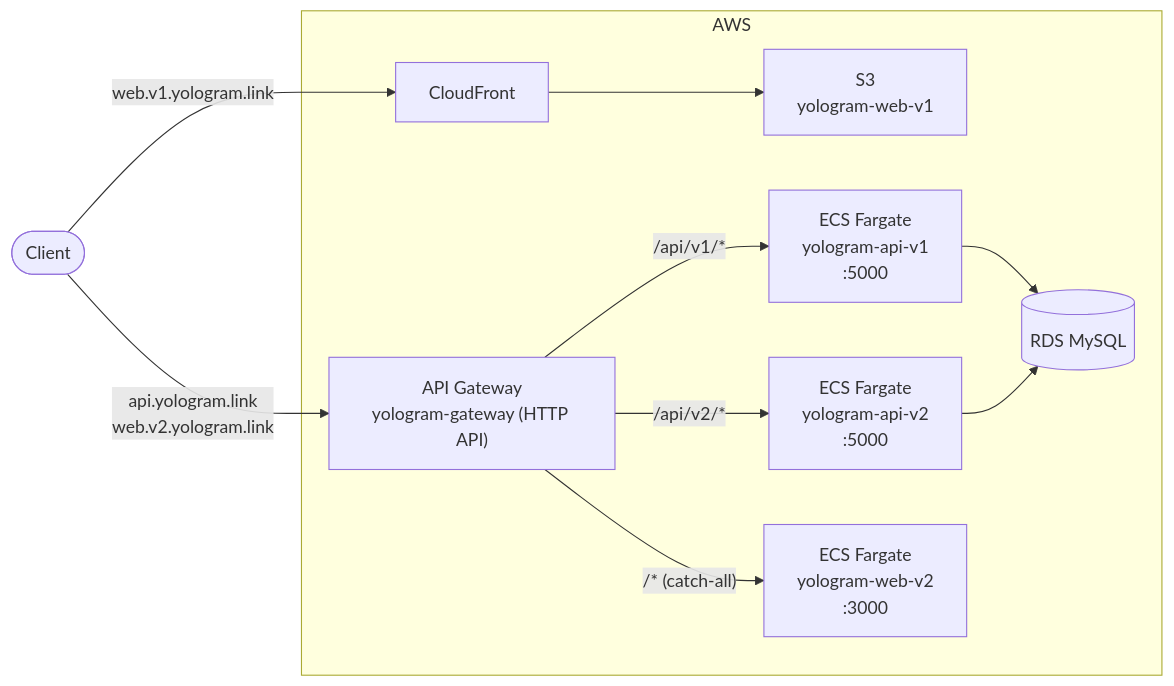
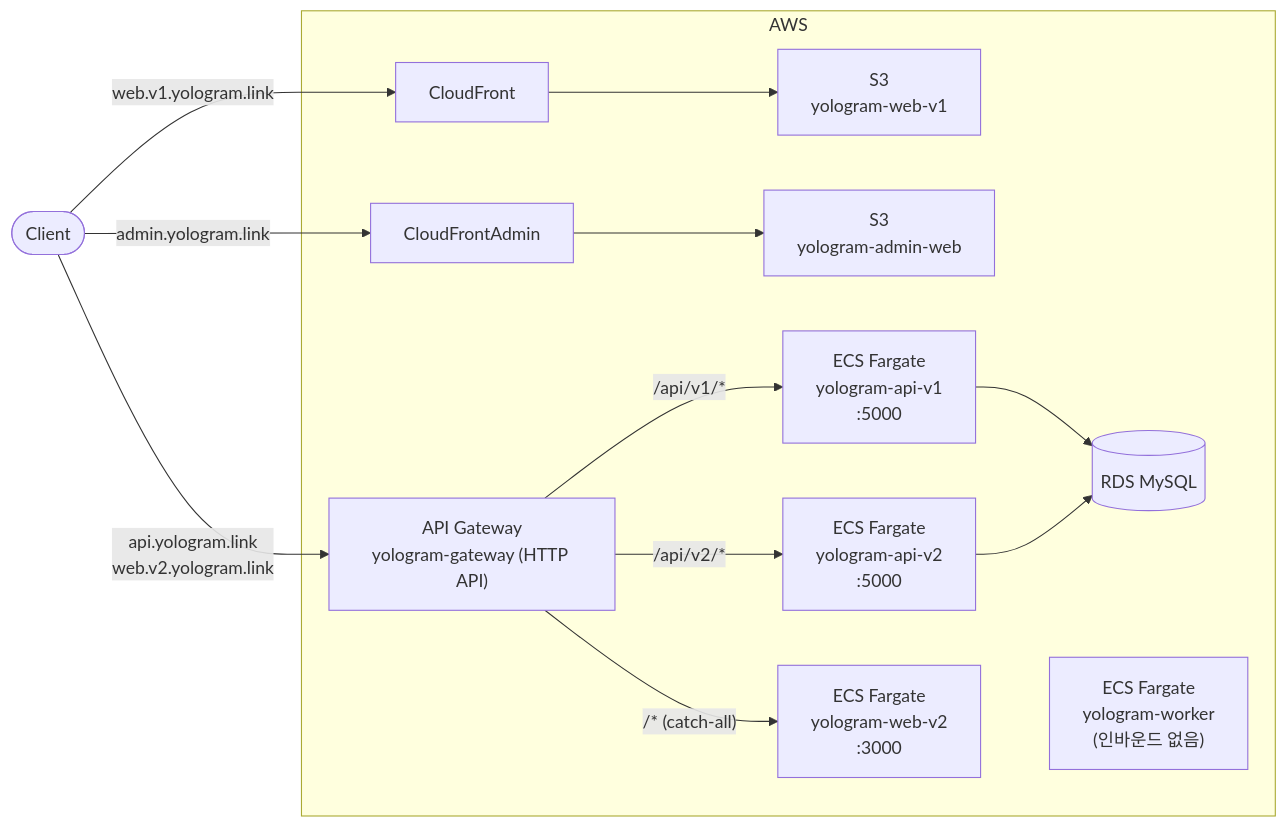
The diagram in README.md (yologger/yologram), drawn with Mermaid before and after one commit. The commit also changed other lines of this file and 1 other file, not shown here.

Commit message:
[all] docs: README 구조·다이어그램에 worker/admin-web 반영, done.md admin 정정
README: 프로젝트 구조·인프라·mermaid에 yologram-worker(인바운드 없음)·admin-web 추가.
done.md: admin-web 로컬 포트 3003 정정 + 서비스별 테마 컬러 구분 기록.

Claude-Session: https://claude.ai/code/session_01Af6ALiimtWEcBKNepGfgtN

````diff
--- a/README.md
+++ b/README.md
@@ -22,19 +26,23 @@
 ```mermaid
 flowchart LR
     Client([Client])
 
     Client -- "web.v1.yologram.link" --> CloudFront
+    Client -- "admin.yologram.link" --> CloudFrontAdmin
     Client -- "api.yologram.link<br/>web.v2.yologram.link" --> APIGW
 
     subgraph AWS
         CloudFront --> S3["S3<br/>yologram-web-v1"]
+        CloudFrontAdmin --> S3Admin["S3<br/>yologram-admin-web"]
 
         APIGW["API Gateway<br/>yologram-gateway (HTTP API)"]
         APIGW -- "/api/v1/*" --> ECS_API_V1["ECS Fargate<br/>yologram-api-v1<br/>:5000"]
         APIGW -- "/api/v2/*" --> ECS_API_V2["ECS Fargate<br/>yologram-api-v2<br/>:5000"]
         APIGW -- "/* (catch-all)" --> ECS_WEB_V2["ECS Fargate<br/>yologram-web-v2<br/>:3000"]
 
         ECS_API_V1 --> RDS[(RDS MySQL)]
         ECS_API_V2 --> RDS
+
+        ECS_WORKER["ECS Fargate<br/>yologram-worker<br/>(인바운드 없음)"]
     end
 ```
````
